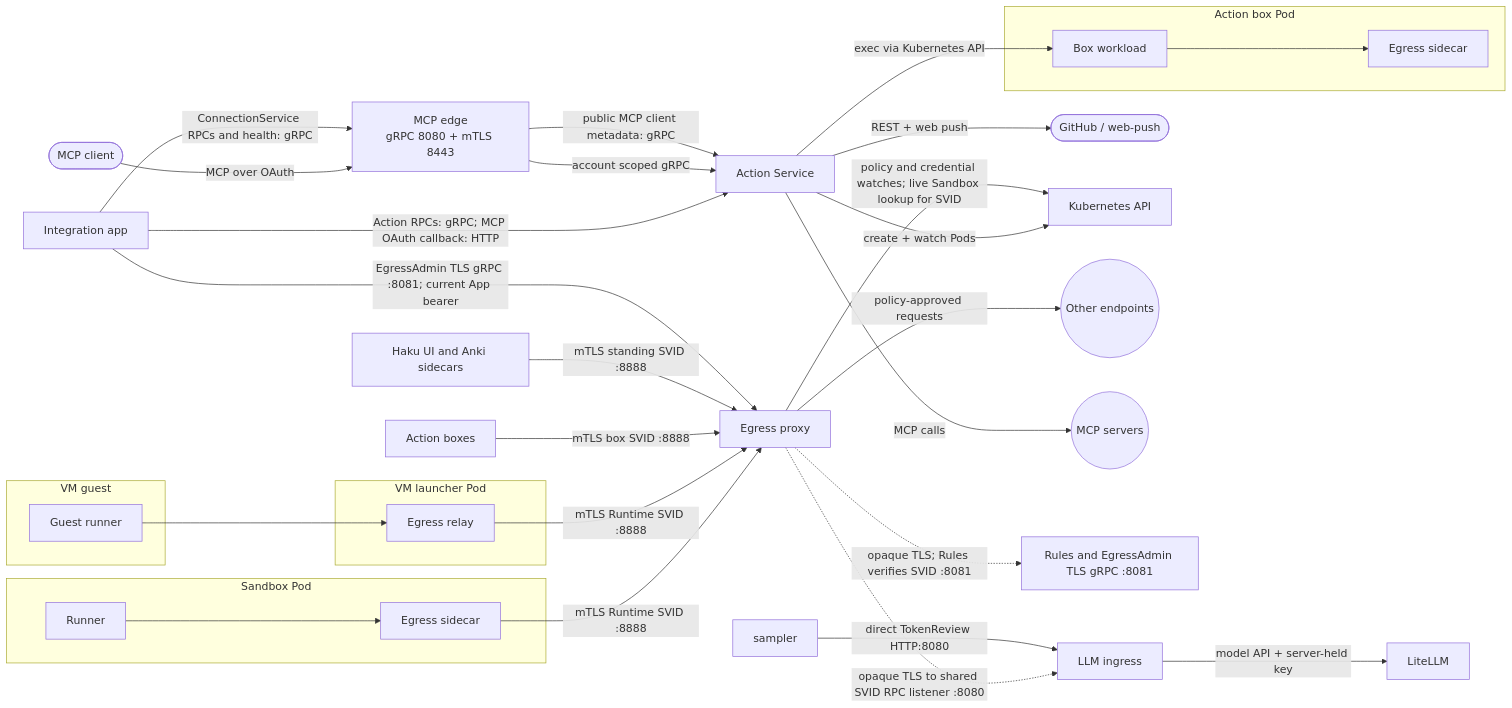
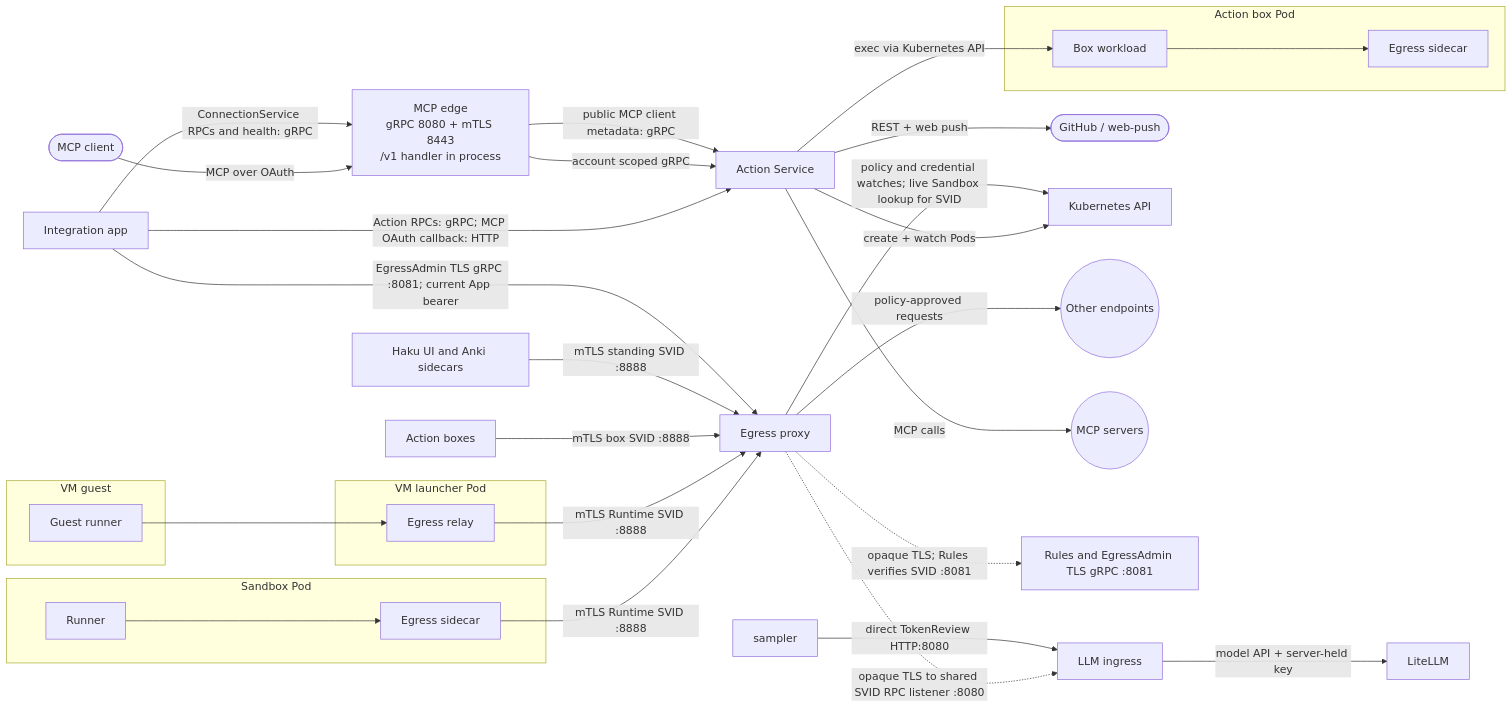
Before and after one commit to agentydragon/ducktape: diagram 12 of 18 in agentplane/docs/system_overview.md, drawn with Mermaid.

Commit message:
docs(agentplane): show in-process MCP edge facade

````diff
--- a/agentplane/docs/system_overview.md
+++ b/agentplane/docs/system_overview.md
@@ -671,50 +671,50 @@
 ```mermaid
 flowchart LR
     mcp_client([MCP client])
     github([GitHub / web-push])
     app[Integration app]
     actions[Action Service]
-    edge["MCP edge<br/>gRPC 8080 + mTLS 8443"]
+    edge["MCP edge<br/>gRPC 8080 + mTLS 8443<br/>/v1 handler in process"]
     k8s[Kubernetes API]
     subgraph box[Action box Pod]
         workload[Box workload]
         box_sidecar[Egress sidecar]
     end
     subgraph sandbox[Sandbox Pod]
         runner[Runner]
         sidecar[Egress sidecar]
     end
     subgraph vm_guest[VM guest]
         guest[Guest runner]
     end
     subgraph vm_pod[VM launcher Pod]
         relay[Egress relay]
     end
     egress[Egress proxy]
     llm[LLM ingress]
     litellm[LiteLLM]
     other((Other endpoints))
     mcp_servers((MCP servers))
 
     mcp_client -->|MCP over OAuth| edge
     app -->|Action RPCs: gRPC; MCP OAuth callback: HTTP| actions
     app -->|ConnectionService RPCs and health: gRPC| edge
     edge -->|account scoped gRPC| actions
     edge -->|public MCP client metadata: gRPC| actions
     actions -->|create + watch Pods| k8s
     actions -->|exec via Kubernetes API| workload
     workload --> box_sidecar
     runner --> sidecar -->|mTLS Runtime SVID :8888| egress
     guest --> relay -->|mTLS Runtime SVID :8888| egress
     nonSandbox[Action boxes] -->|mTLS box SVID :8888| egress
     standing[Haku UI and Anki sidecars] -->|mTLS standing SVID :8888| egress
     app -->|EgressAdmin TLS gRPC :8081; current App bearer| egress
     egress -->|policy and credential watches; live Sandbox lookup for SVID| k8s
     egress -->|policy-approved requests| other
     egress -.->|opaque TLS; Rules verifies SVID :8081| rules[Rules and EgressAdmin TLS gRPC :8081]
     egress -.->|opaque TLS to shared SVID RPC listener :8080| llm
     sampler -->|direct TokenReview HTTP:8080| llm
     llm -->|model API + server-held key| litellm
     actions -->|MCP calls| mcp_servers
     actions -->|REST + web push| github
 ```
````
